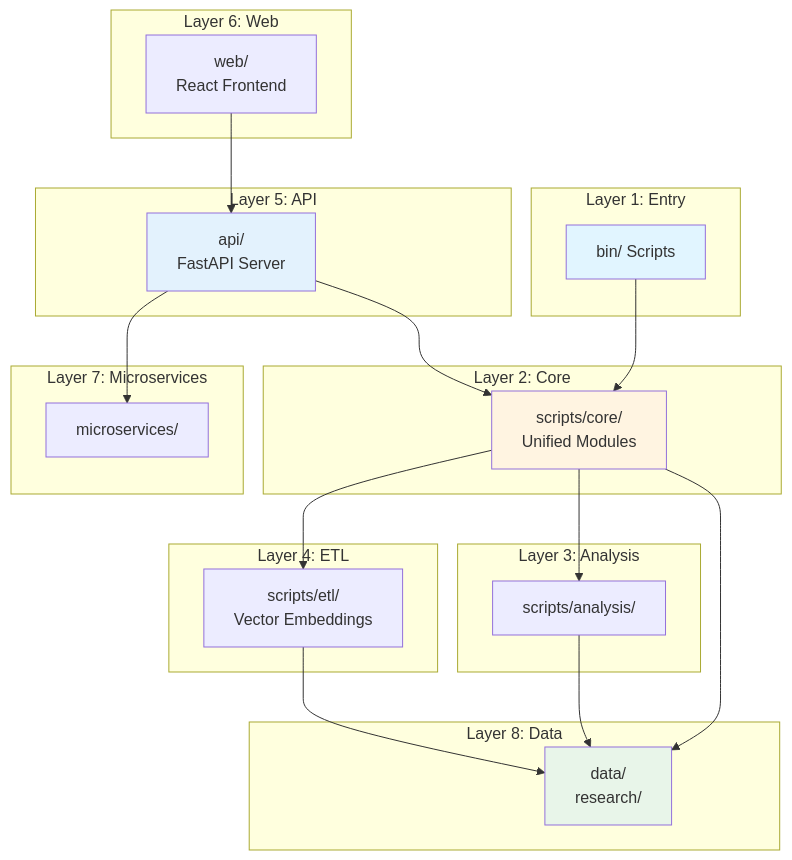
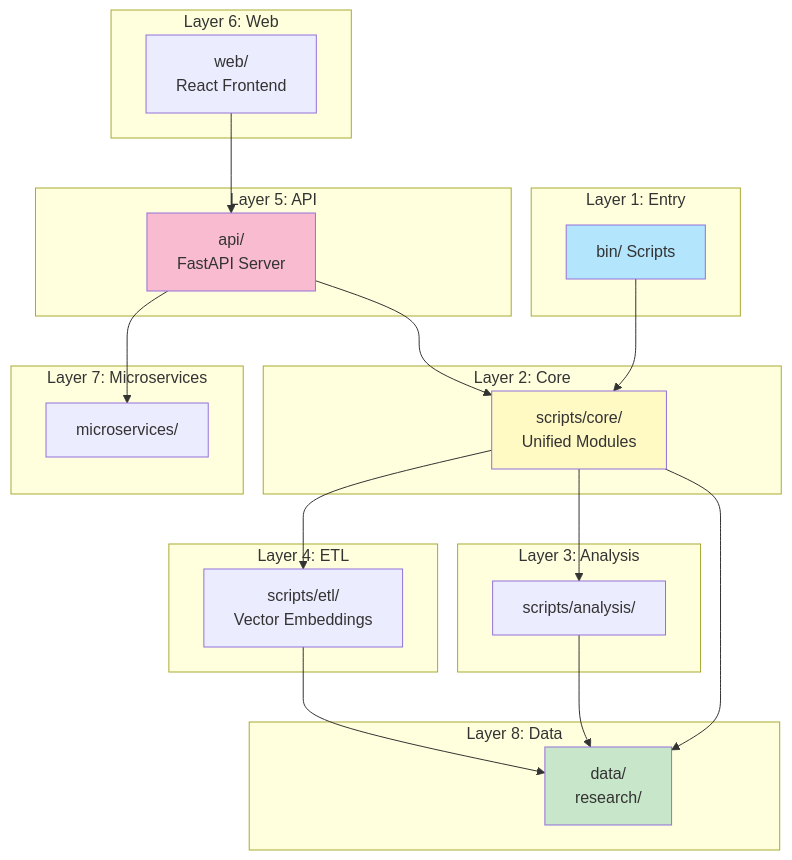
The first of 2 diagrams in docs/SYSTEM_OVERVIEW.md (1digitaldesign/kettler-data-analysis), drawn with Mermaid before and after one commit. The commit also changed other lines of this file and 16 other files, not shown here.

First line of the commit message:
Refactor all diagrams with pastel color scheme and add new diagrams

````diff
--- a/docs/SYSTEM_OVERVIEW.md
+++ b/docs/SYSTEM_OVERVIEW.md
@@ -9,49 +9,49 @@
 ```mermaid
 graph TB
     subgraph "Layer 1: Entry"
         L1[bin/ Scripts]
     end
 
     subgraph "Layer 2: Core"
         L2[scripts/core/<br/>Unified Modules]
     end
 
     subgraph "Layer 3: Analysis"
         L3[scripts/analysis/]
     end
 
     subgraph "Layer 4: ETL"
         L4[scripts/etl/<br/>Vector Embeddings]
     end
 
     subgraph "Layer 5: API"
         L5[api/<br/>FastAPI Server]
     end
 
     subgraph "Layer 6: Web"
         L6[web/<br/>React Frontend]
     end
 
     subgraph "Layer 7: Microservices"
         L7[microservices/]
     end
 
     subgraph "Layer 8: Data"
         L8[data/<br/>research/]
     end
 
     L1 --> L2
     L2 --> L3
     L2 --> L4
     L5 --> L2
     L6 --> L5
     L5 --> L7
     L2 --> L8
     L3 --> L8
     L4 --> L8
 
-    style L1 fill:#e1f5ff
-    style L2 fill:#fff4e1
-    style L5 fill:#e3f2fd
-    style L8 fill:#e8f5e9
+    style L1 fill:#B3E5FC
+    style L2 fill:#FFF9C4
+    style L5 fill:#F8BBD0
+    style L8 fill:#C8E6C9
 ```
````
